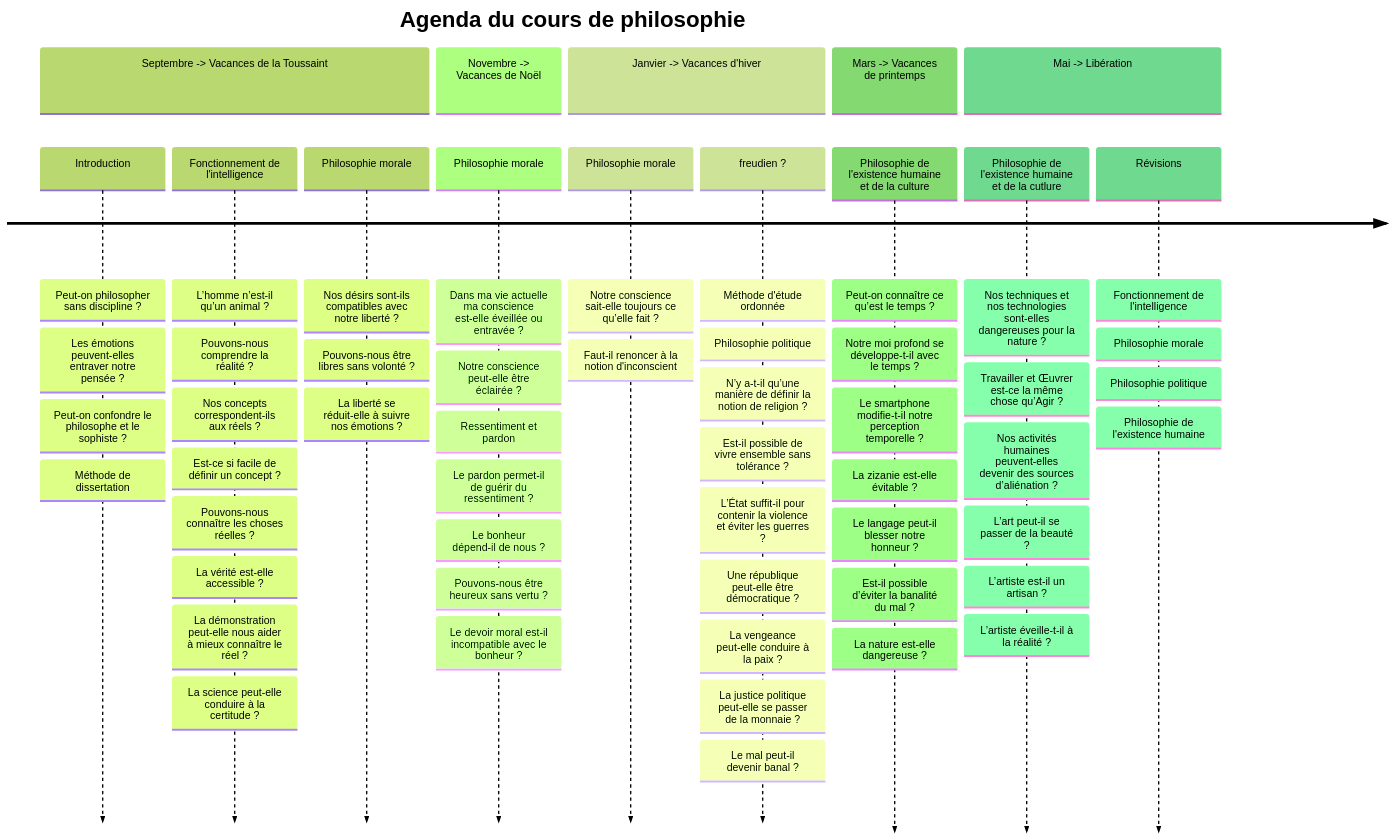
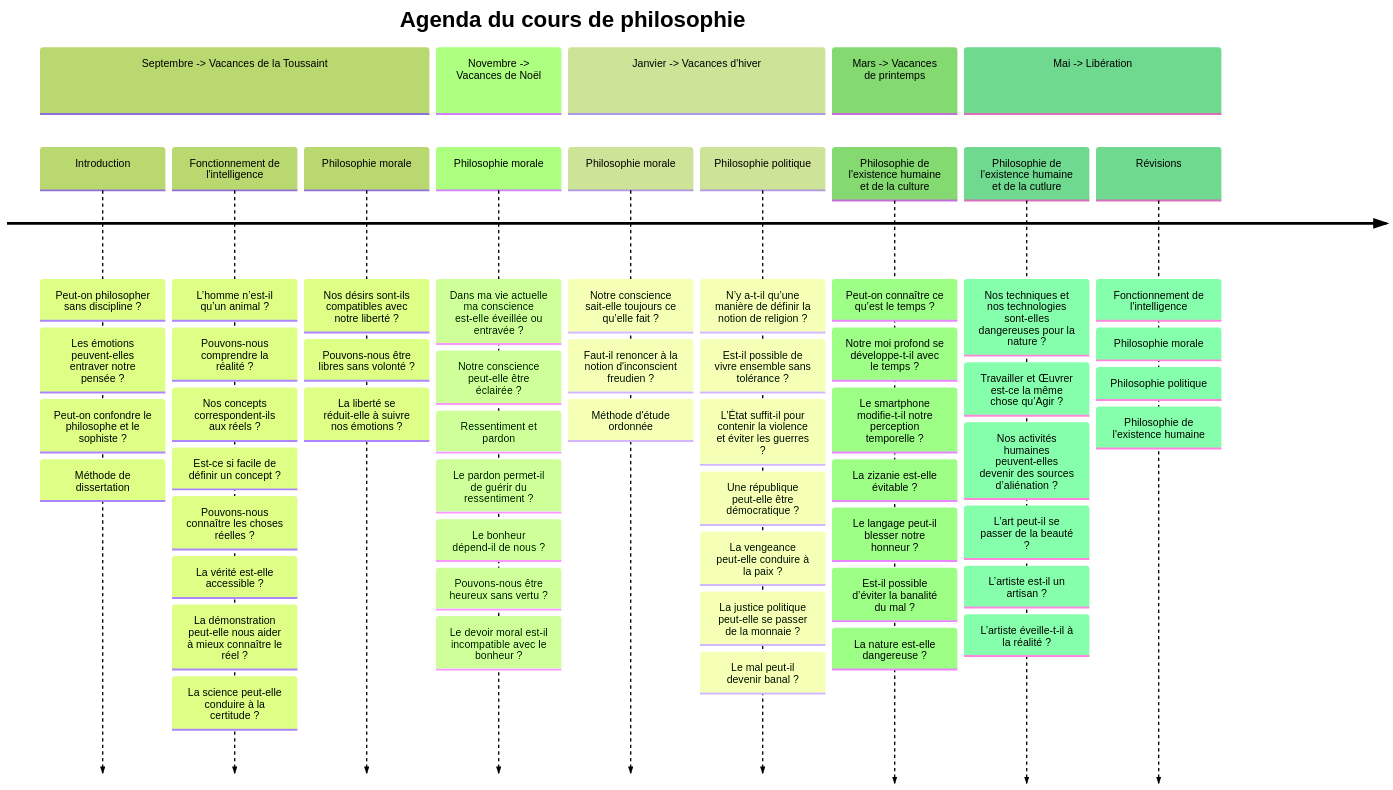
The diagram in AgendaCours.mmd (IpadDilectio/Mairmaid), drawn with Mermaid before and after one commit. The commit also changed 2 other files, not shown here.

```diff
--- a/AgendaCours.mmd
+++ b/AgendaCours.mmd
@@ -1,22 +1,22 @@
 ---
 config:
   theme: forest
   themeVariables:
     fontFamily: verdana
 ---
 timeline
     title Agenda du cours de philosophie
     section Septembre -> Vacances de la Toussaint
         Introduction : Peut-on philosopher sans discipline ? : Les émotions peuvent-elles entraver notre pensée ? : Peut-on confondre le philosophe et le sophiste ? : Méthode de dissertation
         Fonctionnement de l'intelligence : L’homme n’est-il qu’un animal ? : Pouvons-nous comprendre la réalité ? : Nos concepts correspondent-ils aux réels ? : Est-ce si facile de définir un concept ? : Pouvons-nous connaître les choses réelles ? : La vérité est-elle accessible ? : La démonstration peut-elle nous aider à mieux connaître le réel ? : La science peut-elle conduire à la certitude ?
         Philosophie morale : Nos désirs sont-ils compatibles avec notre liberté ? : Pouvons-nous être libres sans volonté ? : La liberté se réduit-elle à suivre nos émotions ? 
     section Novembre -> Vacances de Noël
         Philosophie morale : Dans ma vie actuelle ma conscience est-elle éveillée ou entravée ? : Notre conscience peut-elle être éclairée ? : Ressentiment et pardon : Le pardon permet-il de guérir du ressentiment ? : Le bonheur dépend-il de nous ? : Pouvons-nous être heureux sans vertu ? : Le devoir moral est-il incompatible avec le bonheur ? 
     section Janvier -> Vacances d'hiver
-        Philosophie morale : Notre conscience sait-elle toujours ce qu’elle fait ? : Faut-il renoncer à la notion d'inconscient
-        freudien ? : Méthode d'étude ordonnée : Philosophie politique : N’y a-t-il qu’une manière de définir la notion de religion ? : Est-il possible de vivre ensemble sans tolérance ? : L’État suffit-il pour contenir la violence et éviter les guerres ? : Une république peut-elle être démocratique ? : La vengeance peut-elle conduire à la paix ? : La justice politique peut-elle se passer de la monnaie ? : Le mal peut-il devenir banal ?
+        Philosophie morale : Notre conscience sait-elle toujours ce qu’elle fait ? : Faut-il renoncer à la notion d'inconscient freudien ? : Méthode d'étude ordonnée
+        Philosophie politique : N’y a-t-il qu’une manière de définir la notion de religion ? : Est-il possible de vivre ensemble sans tolérance ? : L’État suffit-il pour contenir la violence et éviter les guerres ? : Une république peut-elle être démocratique ? : La vengeance peut-elle conduire à la paix ? : La justice politique peut-elle se passer de la monnaie ? : Le mal peut-il devenir banal ?
     section Mars -> Vacances de printemps
         Philosophie de l'existence humaine et de la culture : Peut-on connaître ce qu’est le temps ? : Notre moi profond se développe-t-il avec le temps ? : Le smartphone modifie-t-il notre perception temporelle ? : La zizanie est-elle évitable ? : Le langage peut-il blesser notre honneur ? : Est-il possible d’éviter la banalité du mal ? : La nature est-elle dangereuse ? 
     section Mai -> Libération
         Philosophie de l'existence humaine et de la cutlure : Nos techniques et nos technologies sont-elles dangereuses pour la nature ? : Travailler et Œuvrer est-ce la même chose qu’Agir ? : Nos activités humaines peuvent-elles devenir des sources d’aliénation ? : L’art peut-il se passer de la beauté ? : L’artiste est-il un artisan ? : L’artiste éveille-t-il à la réalité ?
         Révisions : Fonctionnement de l'intelligence : Philosophie morale : Philosophie politique : Philosophie de l'existence humaine
```
